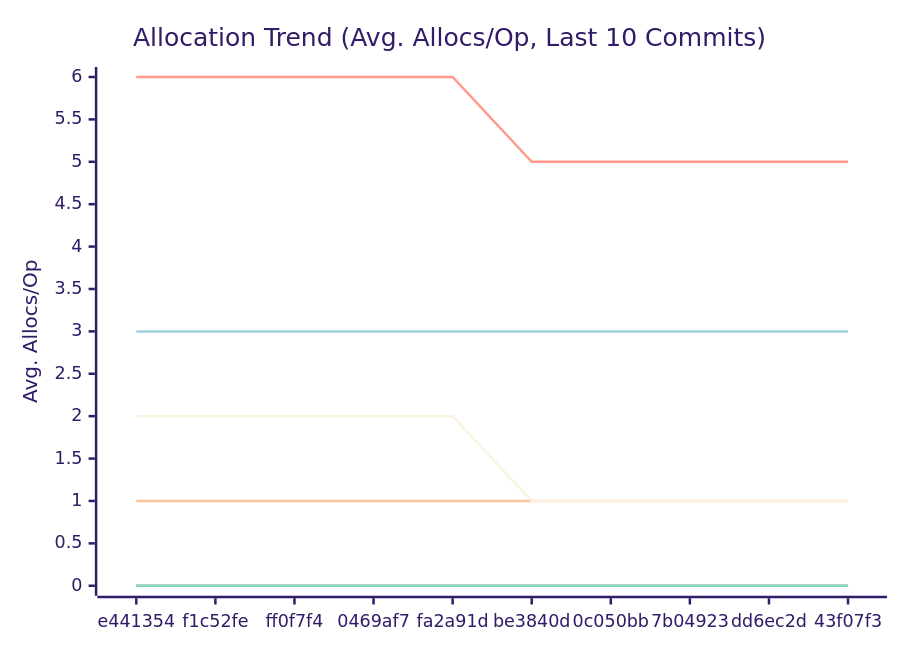
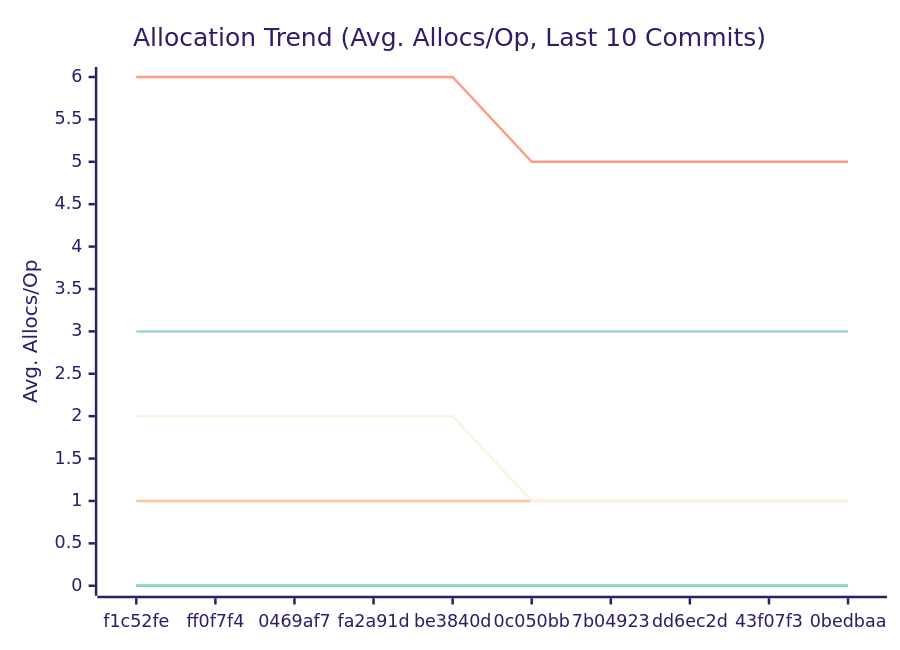
Before and after one commit to alsotoes/momo: the third of 3 diagrams in docs/PERFORMANCE.md, drawn with Mermaid (forest theme). The commit also changed other lines of this file and 4 other files, not shown here.

````diff
--- a/docs/PERFORMANCE.md
+++ b/docs/PERFORMANCE.md
@@ -114,16 +114,16 @@
 ```mermaid
 xychart-beta
     title "Allocation Trend (Avg. Allocs/Op, Last 10 Commits)"
     x-axis "Commit"
     y-axis "Avg. Allocs/Op"
-    x-axis [e441354,f1c52fe,ff0f7f4,0469af7,fa2a91d,be3840d,0c050bb,7b04923,dd6ec2d,43f07f3]
+    x-axis [f1c52fe,ff0f7f4,0469af7,fa2a91d,be3840d,0c050bb,7b04923,dd6ec2d,43f07f3,0bedbaa]
     line "CheckMetricsAndSwap" [0,0,0,0,0,0,0,0,0,0]
     line "CrushOptimized" [0,0,0,0,0,0,0,0,0,0]
     line "CrushOriginal" [3,3,3,3,3,3,3,3,3,3]
     line "IndexDirectTracking" [0,0,0,0,0,0,0,0,0,0]
     line "IndexSearch" [0,0,0,0,0,0,0,0,0,0]
     line "LoadGlobalConfig" [1,1,1,1,1,1,1,1,1,1]
     line "PadString" [0,0,0,0,0,0,0,0,0,0]
     line "ParseReplicationOrder_NoPrealloc" [6,6,6,6,6,5,5,5,5,5]
     line "ParseReplicationOrder_Prealloc" [2,2,2,2,2,1,1,1,1,1]
 ```
````
